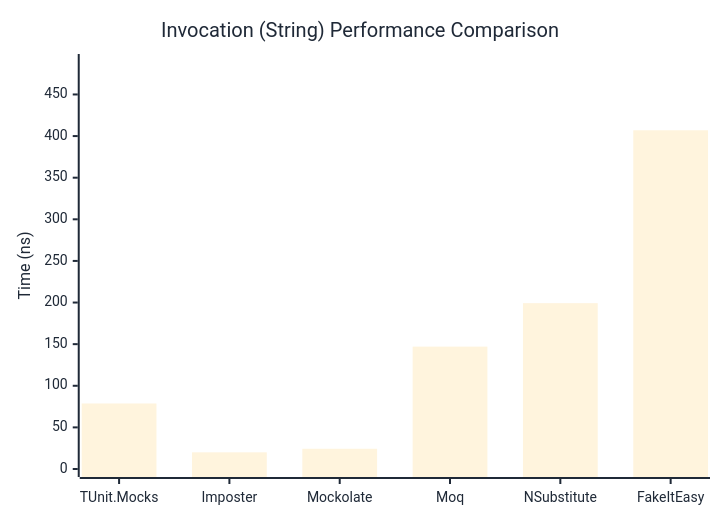
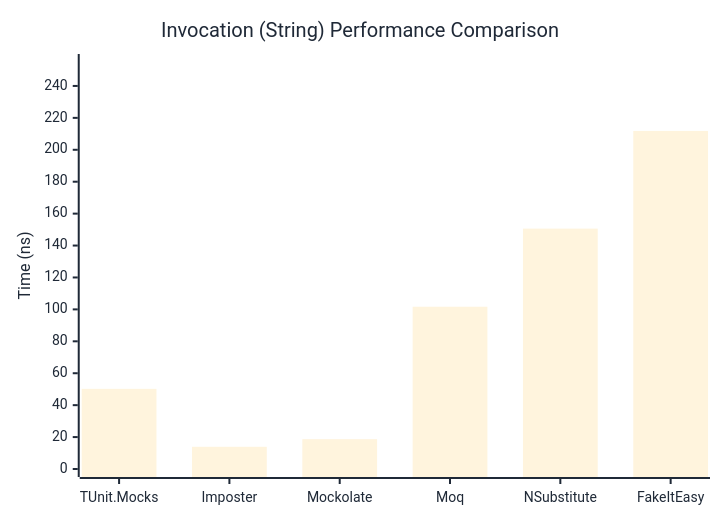
One commit to thomhurst/TUnit changed the third of 3 diagrams in docs/docs/benchmarks/mocks/Invocation.md. Above: the diagram before and after it, drawn with Mermaid. The commit also changed other lines of this file and 14 other files, not shown here.

````diff
--- a/docs/docs/benchmarks/mocks/Invocation.md
+++ b/docs/docs/benchmarks/mocks/Invocation.md
@@ -112,27 +112,27 @@
 ```mermaid
 %%{init: {
   'theme':'base',
   'themeVariables': {
     'primaryColor': '#2563eb',
     'primaryTextColor': '#1f2937',
     'primaryBorderColor': '#1e40af',
     'lineColor': '#6b7280',
     'secondaryColor': '#7c3aed',
     'tertiaryColor': '#dc2626',
     'background': '#ffffff',
     'pie1': '#2563eb',
     'pie2': '#7c3aed',
     'pie3': '#dc2626',
     'pie4': '#f59e0b',
     'pie5': '#10b981',
     'pie6': '#06b6d4',
     'pie7': '#ec4899',
     'pie8': '#6366f1'
   }
 }}%%
 xychart-beta
   title "Invocation (String) Performance Comparison"
   x-axis ["TUnit.Mocks", "Imposter", "Mockolate", "Moq", "NSubstitute", "FakeItEasy"]
-  y-axis "Time (ns)" 0 --> 489
-  bar [78.71, 20.03, 24.32, 147.04, 199.26, 406.96]
+  y-axis "Time (ns)" 0 --> 255
+  bar [50.21, 13.91, 18.69, 101.66, 150.6, 211.81]
 ```
````
